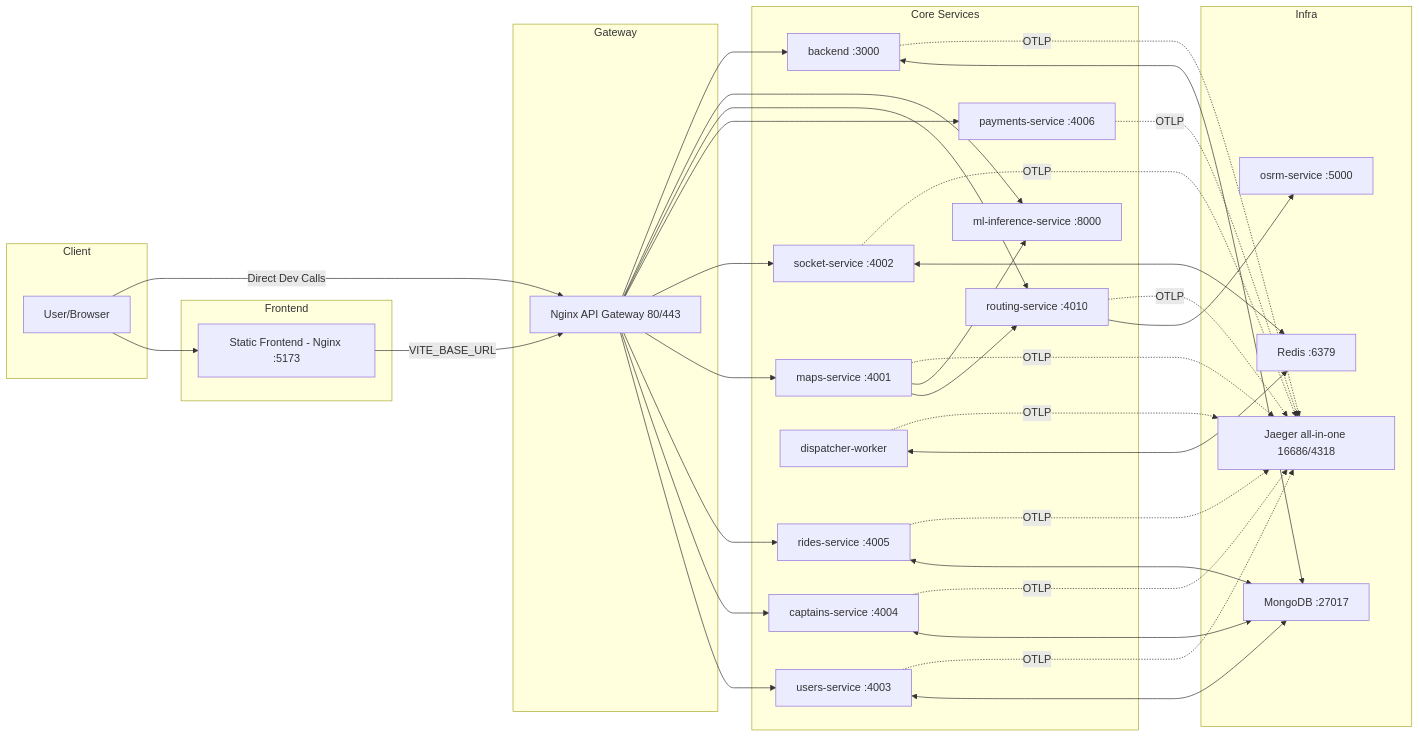
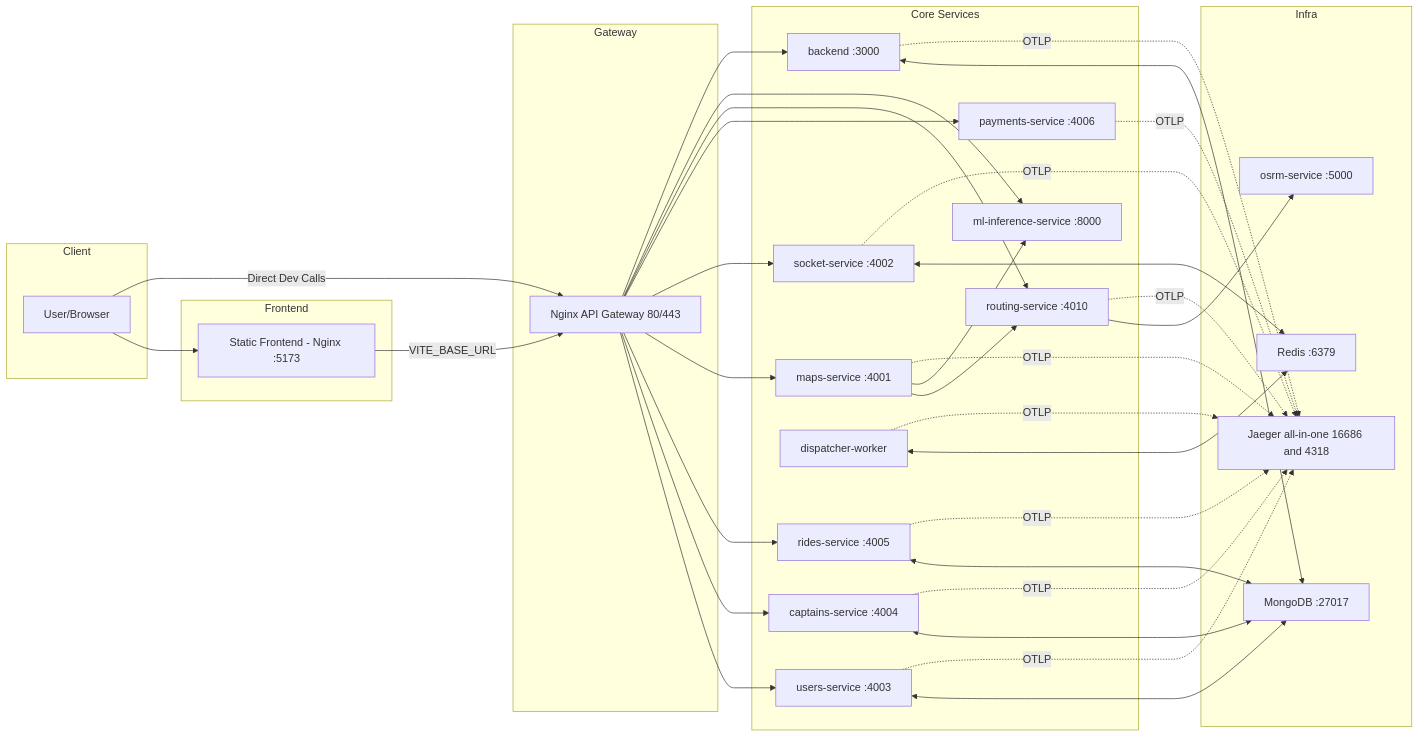
The third of 4 diagrams in README.md (Luciferai04/cab_booking-app), drawn with Mermaid before and after one commit. The commit also changed other lines of this file and 4 other files, not shown here.

First line of the commit message:
feat: OTP and UPI enhancements + Mermaid fixes

````diff
--- a/README.md
+++ b/README.md
@@ -291,70 +291,70 @@
 ```mermaid
 flowchart LR
     subgraph Client
       U[User/Browser]
     end
 
     subgraph Frontend
       FE[Static Frontend - Nginx :5173]
     end
 
     subgraph Gateway
       GW[Nginx API Gateway 80/443]
     end
 
     subgraph Core Services
       US[users-service :4003]
       CS[captains-service :4004]
       RS[rides-service :4005]
       MS[maps-service :4001]
       SO[socket-service :4002]
       PAY[payments-service :4006]
       ROUT[routing-service :4010]
       ML[ml-inference-service :8000]
       BE[backend :3000]
       DISP[dispatcher-worker]
     end
 
     subgraph Infra
-      JAEGER[Jaeger all-in-one 16686/4318]
+      JAEGER[Jaeger all-in-one 16686 and 4318]
       REDIS[Redis :6379]
       MONGO[MongoDB :27017]
       OSRM[osrm-service :5000]
     end
 
     U --> FE
     FE -->|VITE_BASE_URL| GW
     U -->|Direct Dev Calls| GW
 
     GW --> US
     GW --> CS
     GW --> RS
     GW --> MS
     GW --> SO
     GW --> PAY
     GW --> ROUT
     GW --> ML
     GW --> BE
 
     US <---> MONGO
     CS <---> MONGO
     RS <---> MONGO
     BE <---> MONGO
 
     SO <---> REDIS
     DISP <---> REDIS
 
     MS --> ROUT
     ROUT --> OSRM
     MS --> ML
 
     US -. OTLP .-> JAEGER
     CS -. OTLP .-> JAEGER
     RS -. OTLP .-> JAEGER
     MS -. OTLP .-> JAEGER
     SO -. OTLP .-> JAEGER
     PAY -. OTLP .-> JAEGER
     ROUT -. OTLP .-> JAEGER
     BE -. OTLP .-> JAEGER
     DISP -. OTLP .-> JAEGER
 ```
````
